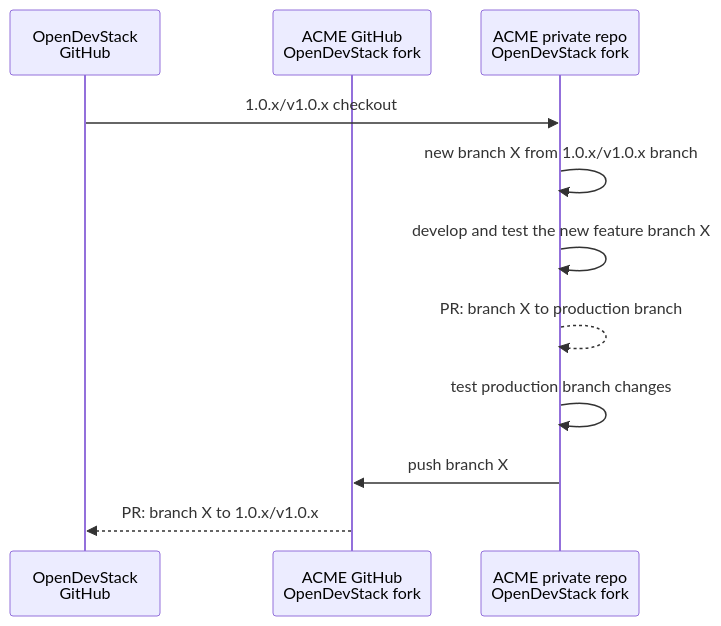
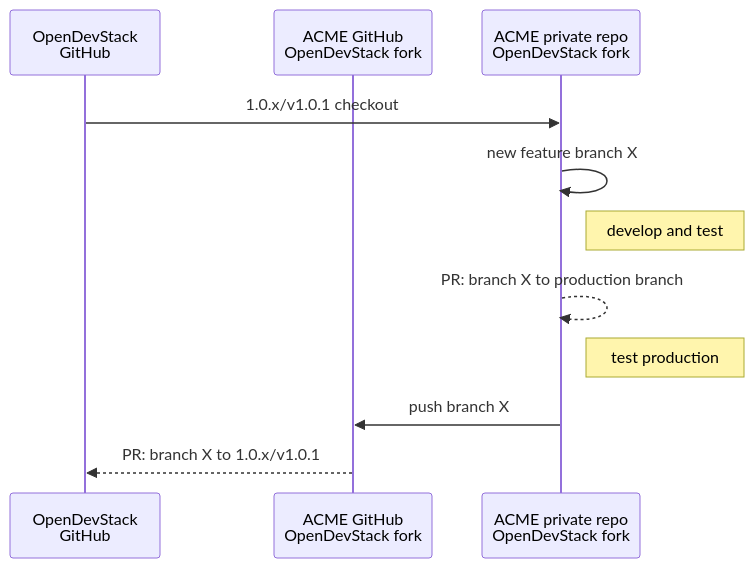
The diagram in doc/development-guide.md (opendevstack/opendevstack.github.io), drawn with Mermaid before and after one commit.

Commit message:
changing some arrows to notes in contribution diagram

```diff
--- a/doc/development-guide.md
+++ b/doc/development-guide.md
@@ -113,13 +113,13 @@
 <div class="mermaid">
 sequenceDiagram
     participant A as OpenDevStack <br />GitHub
     participant B as ACME GitHub <br />OpenDevStack fork
     participant C as ACME private repo <br />OpenDevStack fork
-    A->>C: 1.0.x/v1.0.x checkout
-    C->>C: new branch X from 1.0.x/v1.0.x branch
-    C->>C: develop and test the new feature branch X
+    A->>C: 1.0.x/v1.0.1 checkout
+    C->>C: new feature branch X
+    Note right of C: develop and test
     C-->>C: PR: branch X to production branch
-    C->>C: test production branch changes
+    Note right of C: test production
     C->>B: push branch X
-    B-->>A: PR: branch X to 1.0.x/v1.0.x
+    B-->>A: PR: branch X to 1.0.x/v1.0.1
 </div>
```
